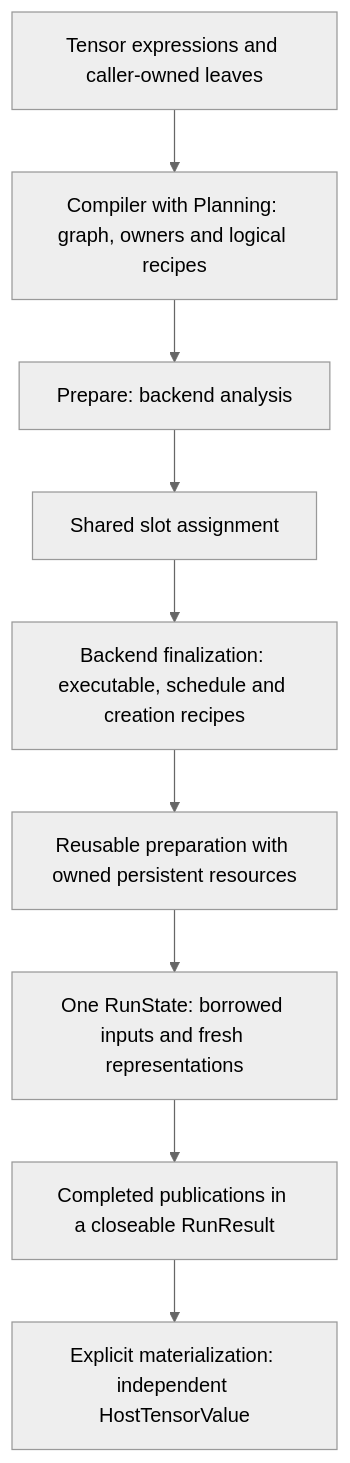
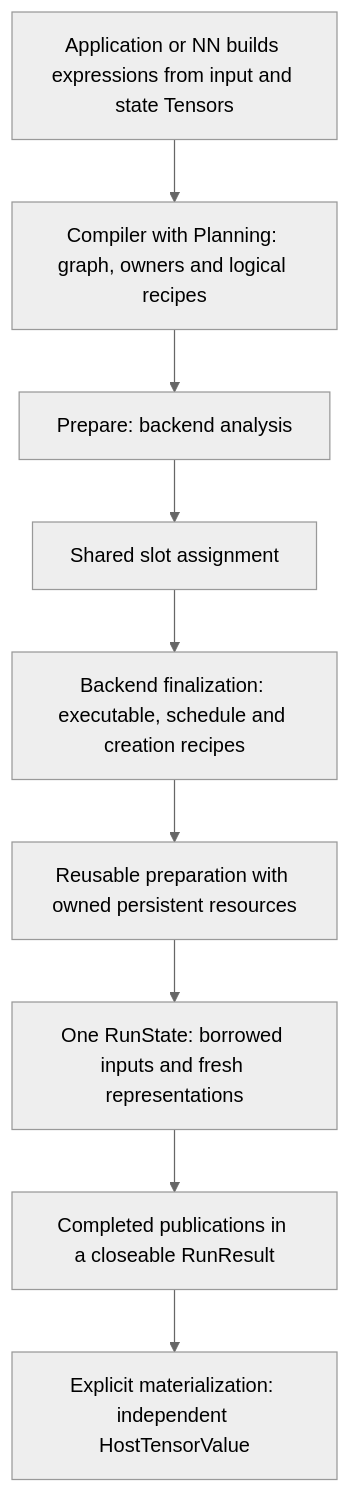
One commit to pho001/Synaptik changed the diagram in docs/explanation/packages/execution.md. Above: the diagram before and after it, drawn with Mermaid (neutral theme). The commit also changed other lines of this file and 25 other files, not shown here.

````diff
--- a/docs/explanation/packages/execution.md
+++ b/docs/explanation/packages/execution.md
@@ -33,13 +33,13 @@
 ```mermaid
 flowchart TD
     accTitle: Information retained across execution stages
     accDescr: Expressions become compile recipes, then analyzed and assigned prepared resources, one run state, live publications and finally independent host values.
-    EXPR["Tensor expressions and caller-owned leaves"] --> COMP["Compiler with Planning: graph, owners and logical recipes"]
+    EXPR["Application or NN builds expressions from input and state Tensors"] --> COMP["Compiler with Planning: graph, owners and logical recipes"]
     COMP --> ANALYZE["Prepare: backend analysis"]
     ANALYZE --> ASSIGN["Shared slot assignment"]
     ASSIGN --> FINAL["Backend finalization: executable, schedule and creation recipes"]
     FINAL --> PERSIST["Reusable preparation with owned persistent resources"]
     PERSIST --> RUN["One RunState: borrowed inputs and fresh representations"]
     RUN --> RESULT["Completed publications in a closeable RunResult"]
     RESULT --> HOST["Explicit materialization: independent HostTensorValue"]
 ```
````
